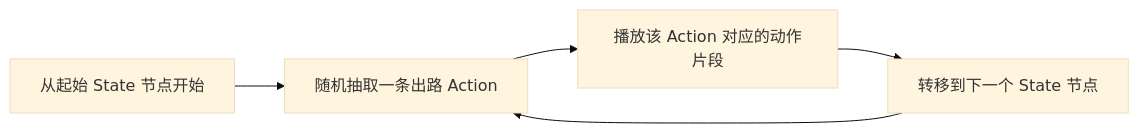
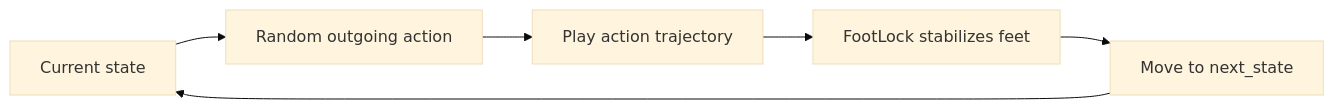
The fourth of 6 diagrams in docs/blog/AnimationPapers/precomputing_avatar_behavior/README.md (EvihGraphics/AnimationTech-HTC), drawn with Mermaid (base theme) before and after one commit. The commit also changed other lines of this file and 27 other files, not shown here.

````diff
--- a/docs/blog/AnimationPapers/precomputing_avatar_behavior/README.md
+++ b/docs/blog/AnimationPapers/precomputing_avatar_behavior/README.md
@@ -97,7 +82,8 @@
 ```mermaid
 flowchart LR
-    A[从起始 State 节点开始] --> B[随机抽取一条出路 Action]
-    B --> C[播放该 Action 对应的动作片段]
-    C --> D[转移到下一个 State 节点]
-    D --> B
+    A[Current state] --> B[Random outgoing action]
+    B --> C[Play action trajectory]
+    C --> D[FootLock stabilizes feet]
+    D --> E[Move to next_state]
+    E --> A
 ```
````
